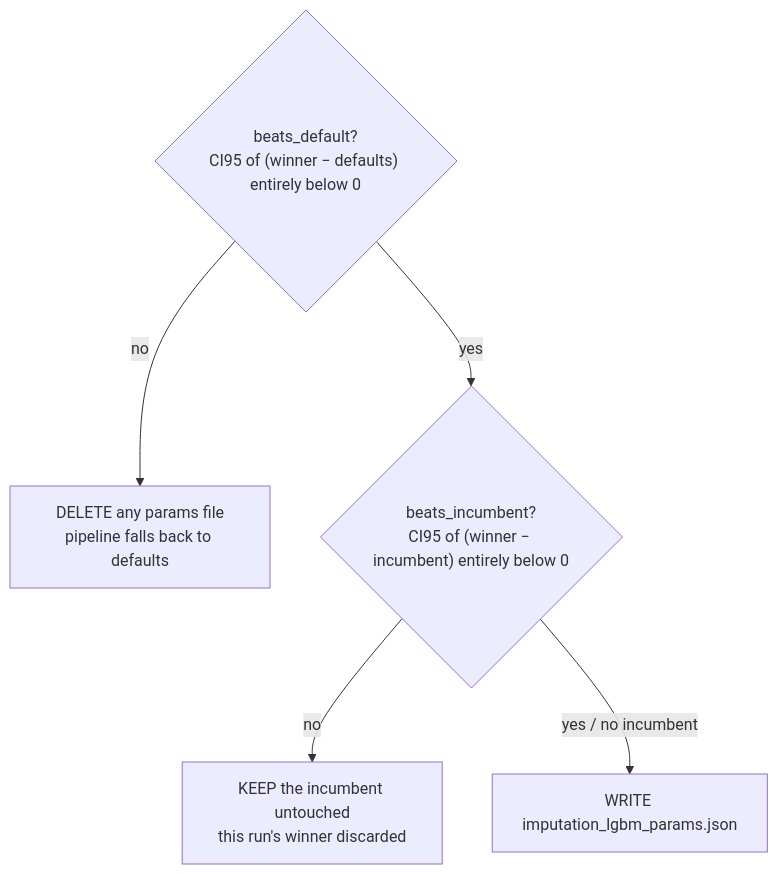
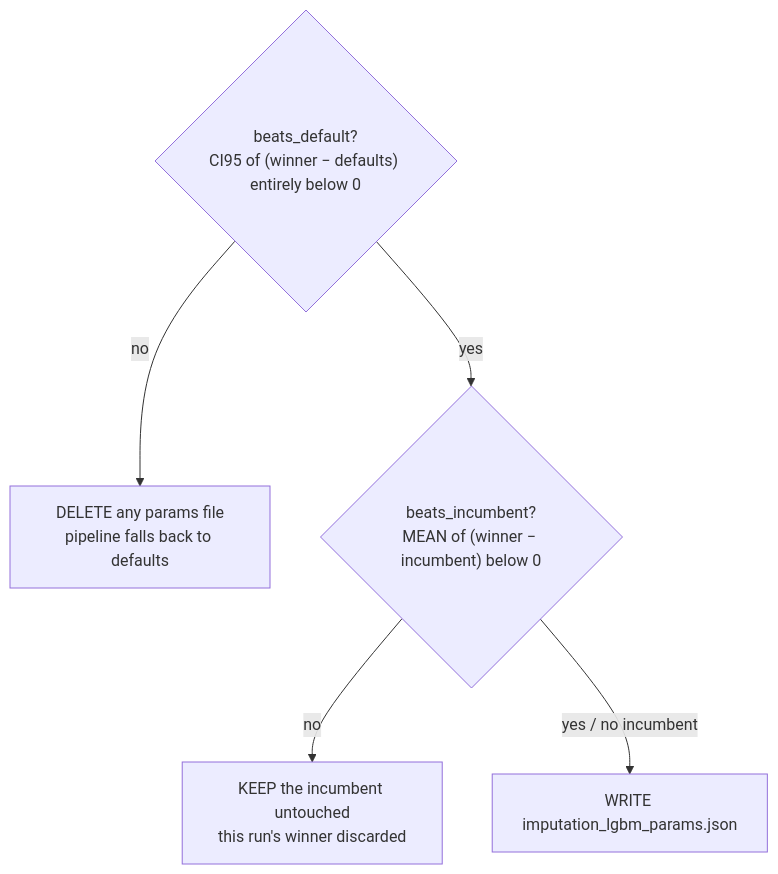
One commit to ArtemMindlin/retail-demand-forecasting-system changed the third of 3 diagrams in src/retail_forecasting/forecasting/imputation_tuning.md. Above: the diagram before and after it, drawn with Mermaid. The commit also changed other lines of this file and 8 other files, not shown here.

First line of the commit message:
feat(imputation): break an incumbent tie on the mean, and cut duplication

````diff
--- a/src/retail_forecasting/forecasting/imputation_tuning.md
+++ b/src/retail_forecasting/forecasting/imputation_tuning.md
@@ -66,8 +66,8 @@
 ```mermaid
 flowchart TD
     A{"beats_default?<br/>CI95 of (winner − defaults) entirely below 0"}
     A -->|no| DEL["DELETE any params file<br/>pipeline falls back to defaults"]
-    A -->|yes| B{"beats_incumbent?<br/>CI95 of (winner − incumbent) entirely below 0"}
+    A -->|yes| B{"beats_incumbent?<br/>MEAN of (winner − incumbent) below 0"}
     B -->|no| KEEP["KEEP the incumbent untouched<br/>this run's winner discarded"]
     B -->|"yes / no incumbent"| WRITE["WRITE imputation_lgbm_params.json"]
 ```
````
